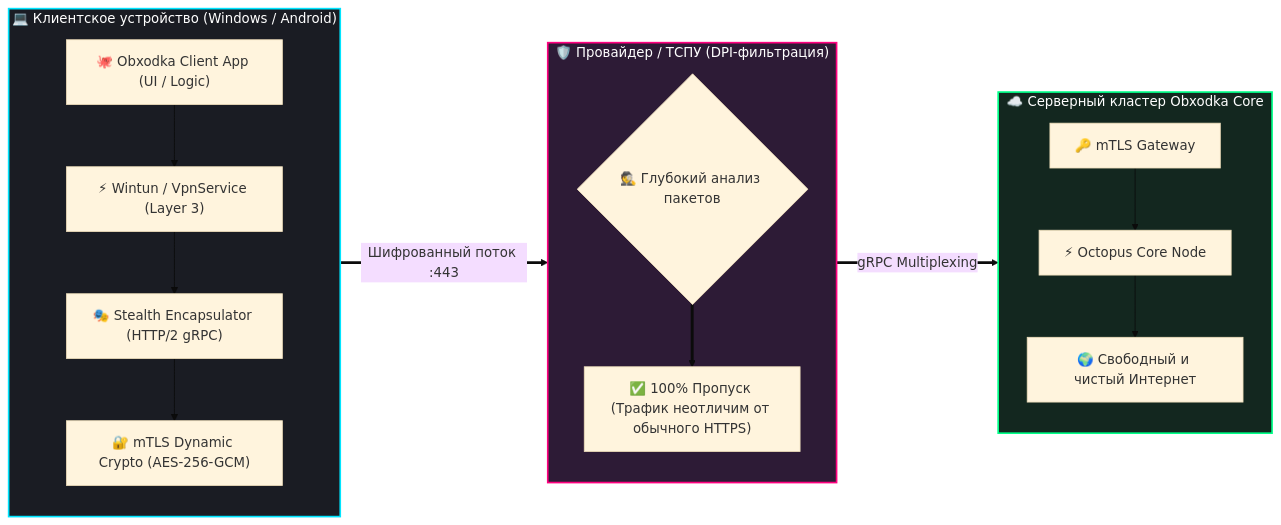
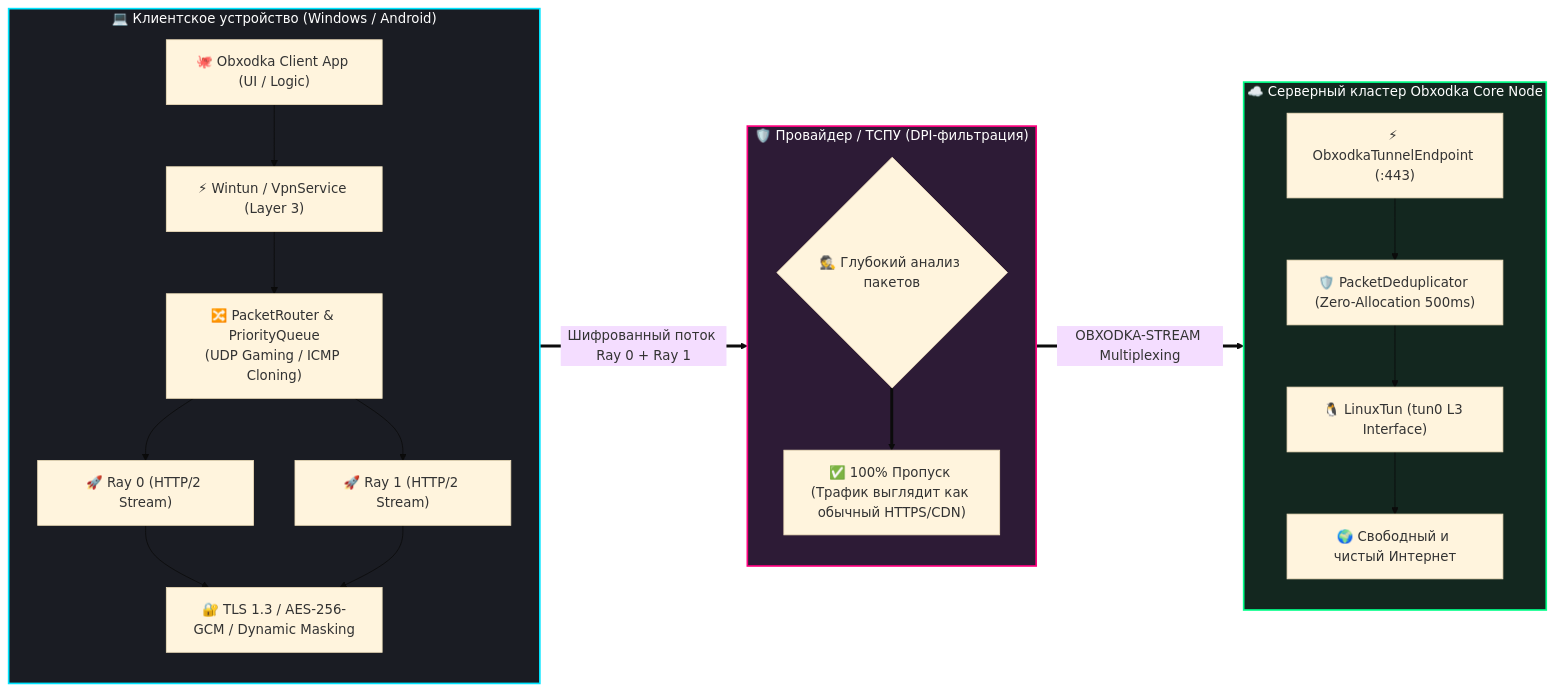
One commit to OctoCore-Dev/obxodka changed the first of 2 diagrams in README.md. Above: the diagram before and after it, drawn with Mermaid (base theme). The commit also changed other lines of this file and 7 other files, not shown here.

Commit message:
docs(legal): add comprehensive Privacy Policy, Terms of Service, and update architecture to OBXODKA-STREAM Dual-Ray

````diff
--- a/README.md
+++ b/README.md
@@ -57,37 +62,42 @@
 ```mermaid
 flowchart LR
     subgraph Client["💻 Клиентское устройство (Windows / Android)"]
         direction TB
         App["🐙 Obxodka Client App (UI / Logic)"]
         Adapter["⚡ Wintun / VpnService (Layer 3)"]
-        Stealth["🎭 Stealth Encapsulator (HTTP/2 gRPC)"]
-        Crypto["🔐 mTLS Dynamic Crypto (AES-256-GCM)"]
-        App --> Adapter --> Stealth --> Crypto
+        Router["🔀 PacketRouter & PriorityQueue\n(UDP Gaming / ICMP Cloning)"]
+        Ray0["🚀 Ray 0 (HTTP/2 Stream)"]
+        Ray1["🚀 Ray 1 (HTTP/2 Stream)"]
+        Crypto["🔐 TLS 1.3 / AES-256-GCM / Dynamic Masking"]
+        App --> Adapter --> Router
+        Router --> Ray0 --> Crypto
+        Router --> Ray1 --> Crypto
     end
 
     subgraph ISP["🛡️ Провайдер / ТСПУ (DPI-фильтрация)"]
         direction TB
         DPI{"🕵️ Глубокий анализ пакетов"}
-        Pass["✅ 100% Пропуск (Трафик неотличим от обычного HTTPS)"]
+        Pass["✅ 100% Пропуск (Трафик выглядит как обычный HTTPS/CDN)"]
         DPI ==> Pass
     end
 
-    subgraph Server["☁️ Серверный кластер Obxodka Core"]
+    subgraph Server["☁️ Серверный кластер Obxodka Core Node"]
         direction TB
-        mTLS_GW["🔑 mTLS Gateway"]
-        OctoCore["⚡ Octopus Core Node"]
+        Endpoint["⚡ ObxodkaTunnelEndpoint (:443)"]
+        Dedup["🛡️ PacketDeduplicator (Zero-Allocation 500ms)"]
+        LinuxTun["🐧 LinuxTun (tun0 L3 Interface)"]
         CleanNet["🌍 Свободный и чистый Интернет"]
-        mTLS_GW --> OctoCore --> CleanNet
+        Endpoint --> Dedup --> LinuxTun --> CleanNet
     end
 
-    Crypto ==>|Шифрованный поток :443| DPI
-    Pass ==>|gRPC Multiplexing| mTLS_GW
+    Crypto ==>|Шифрованный поток Ray 0 + Ray 1| DPI
+    Pass ==>|OBXODKA-STREAM Multiplexing| Endpoint
 
     classDef clientStyle fill:#1a1c23,stroke:#00e5ff,stroke-width:2px,color:#fff;
     classDef dpiStyle fill:#2d1b36,stroke:#ff007f,stroke-width:2px,color:#fff;
     classDef serverStyle fill:#13271f,stroke:#00ff88,stroke-width:2px,color:#fff;
 
     class Client clientStyle;
     class ISP dpiStyle;
     class Server serverStyle;
 ```
````
